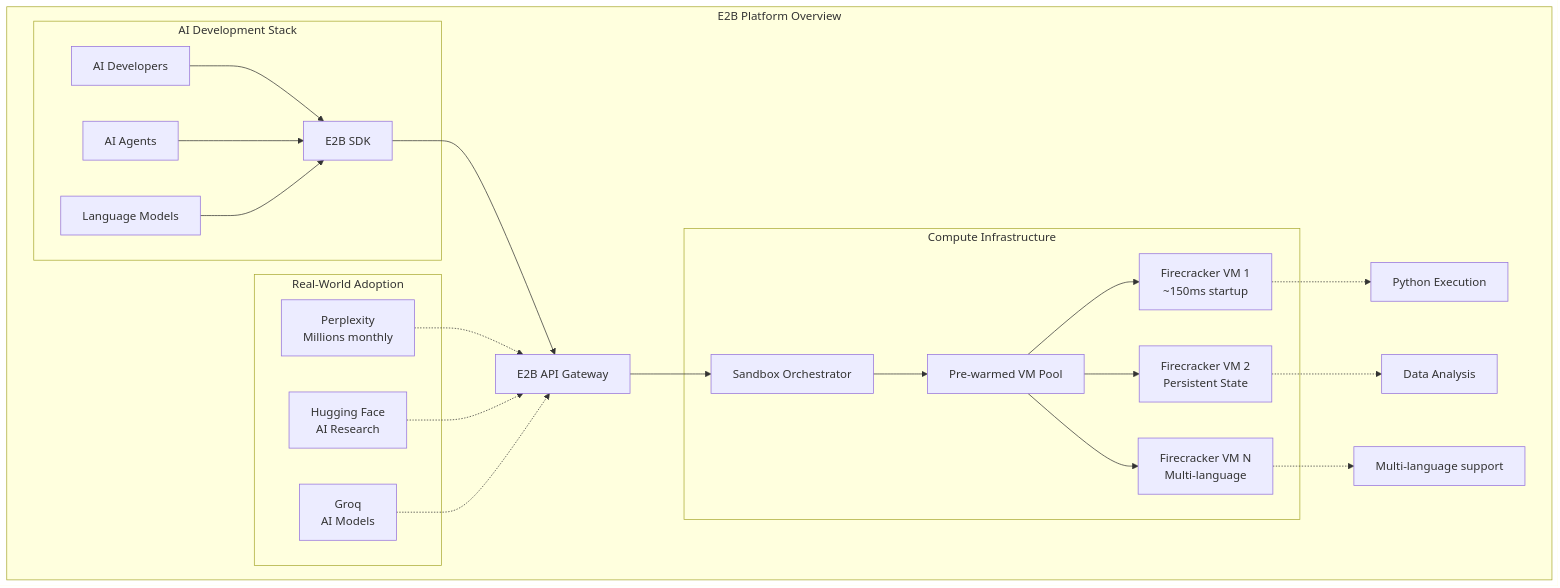
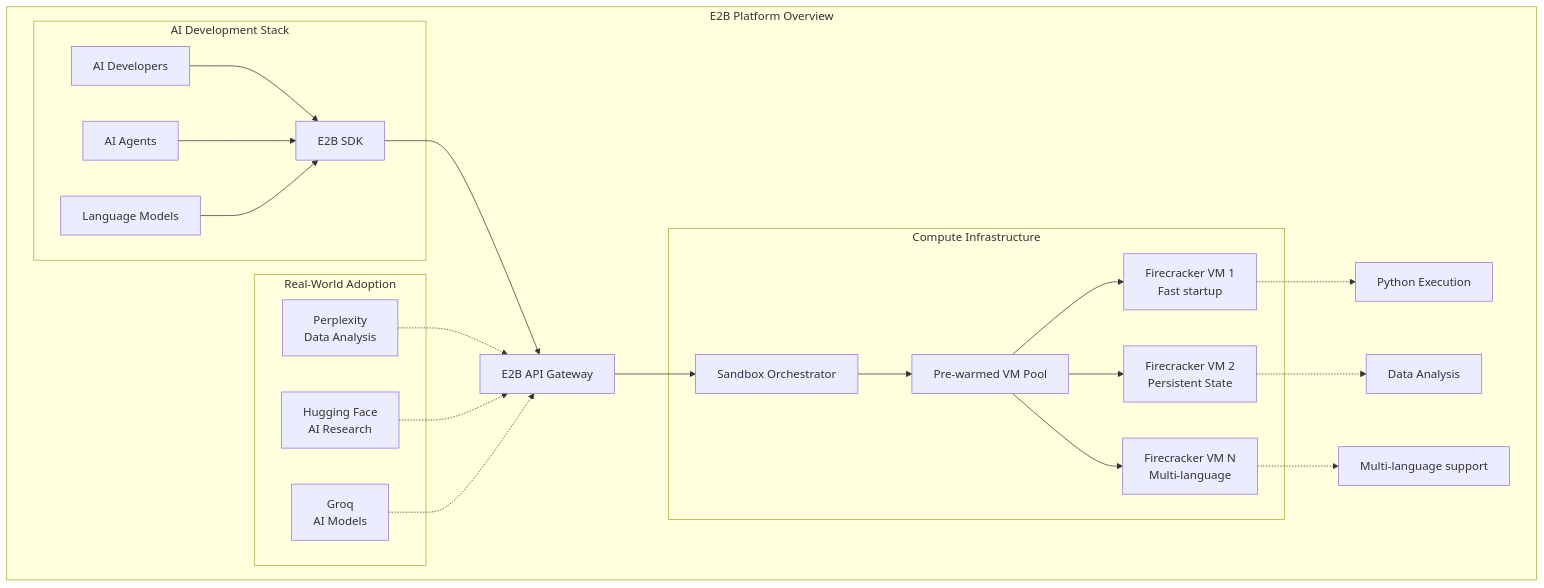
Before and after one commit to dwarvesf/research: the first of 9 diagrams in breakdown/e2b.md, drawn with Mermaid. The commit also changed other lines of this file, not shown here.

````diff
--- a/breakdown/e2b.md
+++ b/breakdown/e2b.md
@@ -50,34 +33,34 @@
 ```mermaid
 graph TB
     subgraph "E2B Platform Overview"
         subgraph "AI Development Stack"
             Dev[AI Developers] --> SDK[E2B SDK]
             Agent[AI Agents] --> SDK
             LLM[Language Models] --> SDK
         end
 
         SDK --> API[E2B API Gateway]
         API --> Orchestrator[Sandbox Orchestrator]
 
         subgraph "Compute Infrastructure"
             Orchestrator --> Pool[Pre-warmed VM Pool]
-            Pool --> VM1[Firecracker VM 1<br/>~150ms startup]
+            Pool --> VM1[Firecracker VM 1<br/>Fast startup]
             Pool --> VM2[Firecracker VM 2<br/>Persistent State]
             Pool --> VM3[Firecracker VM N<br/>Multi-language]
         end
 
         subgraph "Real-World Adoption"
-            Perplexity[Perplexity<br/>Millions monthly]
+            Perplexity[Perplexity<br/>Data Analysis]
             HuggingFace[Hugging Face<br/>AI Research]
             Groq[Groq<br/>AI Models]
         end
 
         VM1 -.-> Code1[Python Execution]
         VM2 -.-> Code2[Data Analysis]
         VM3 -.-> Code3[Multi-language support]
     end
 
     Perplexity -.-> API
     HuggingFace -.-> API
     Groq -.-> API
 ```
````
